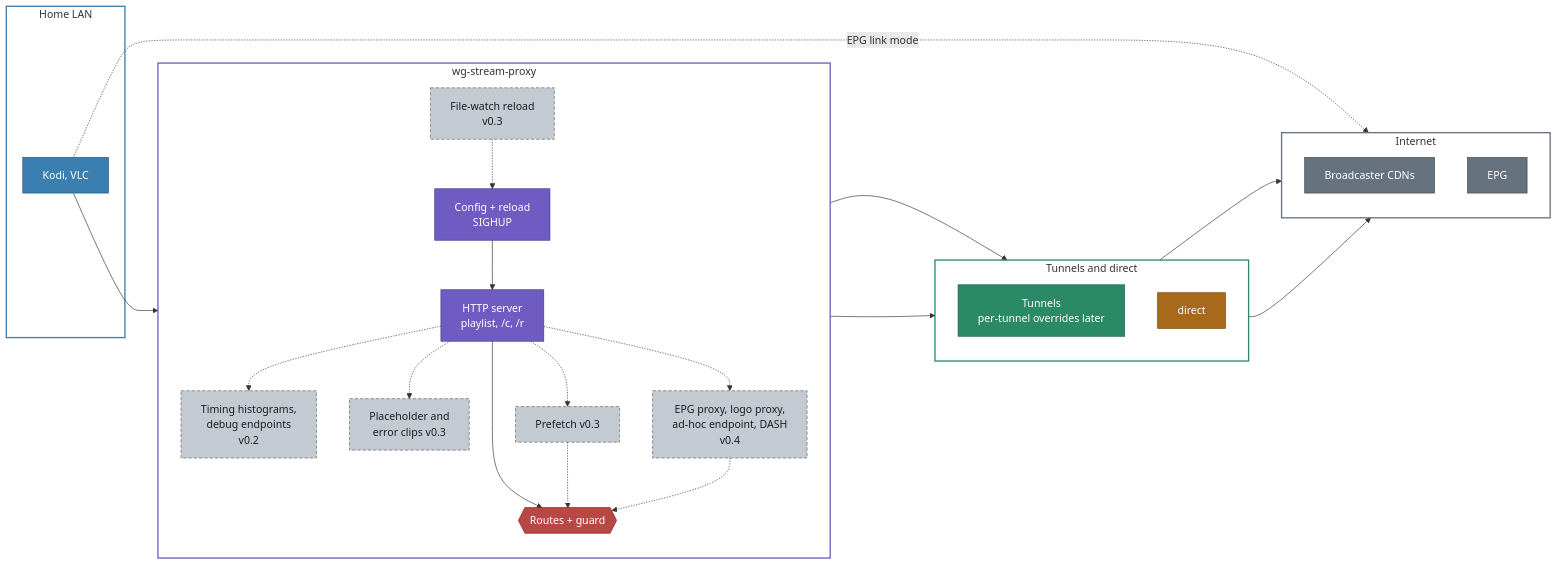
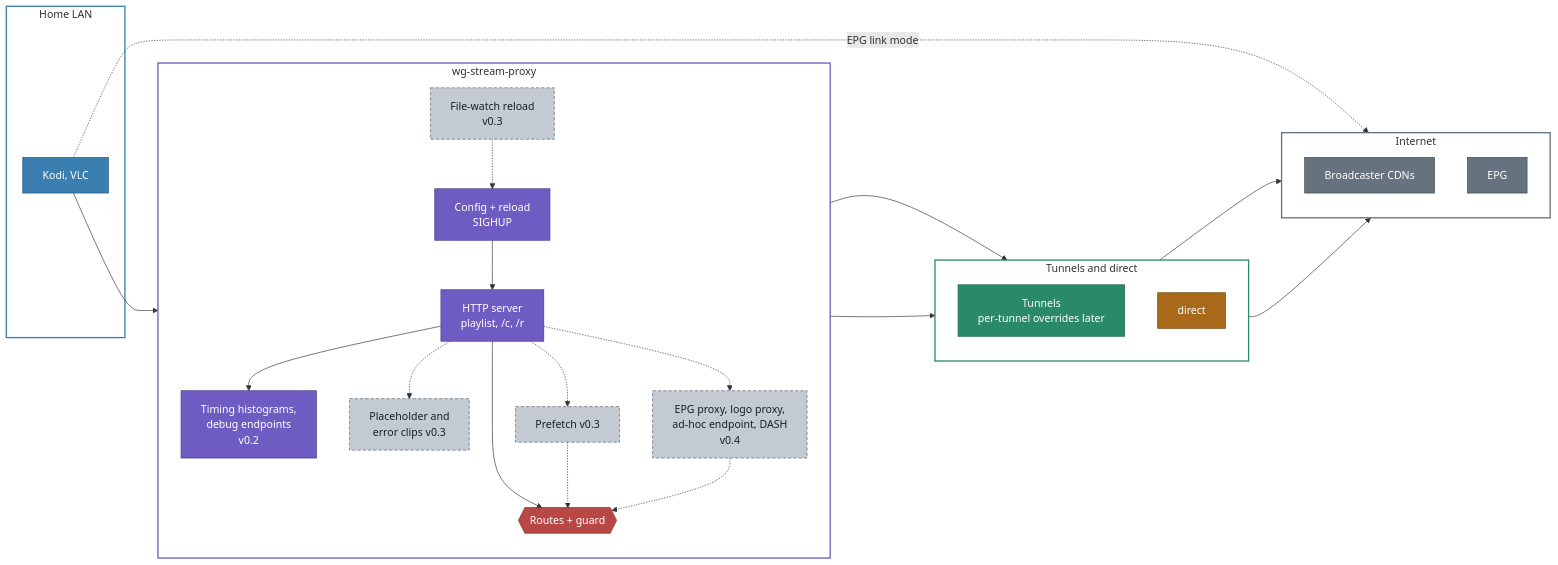
Before and after one commit to KingOfKalk/wg-stream-proxy: diagram 16 of 17 in docs/architecture.md, drawn with Mermaid. The commit also changed other lines of this file and 18 other files, not shown here.

````diff
--- a/docs/architecture.md
+++ b/docs/architecture.md
@@ -889,53 +892,53 @@
 ```mermaid
 flowchart LR
     subgraph lan["Home LAN"]
         players["Kodi, VLC"]:::lan
     end
     subgraph proxy["wg-stream-proxy"]
         direction TB
         ctl["Config + reload<br/>SIGHUP"]:::proxy
         watch["File-watch reload<br/>v0.3"]:::later
         srv["HTTP server<br/>playlist, /c, /r"]:::proxy
-        obs["Timing histograms,<br/>debug endpoints<br/>v0.2"]:::later
+        obs["Timing histograms,<br/>debug endpoints<br/>v0.2"]:::proxy
         clips["Placeholder and<br/>error clips v0.3"]:::later
         pre["Prefetch v0.3"]:::later
         extra["EPG proxy, logo proxy,<br/>ad-hoc endpoint, DASH<br/>v0.4"]:::later
         routes{{"Routes + guard"}}:::guard
     end
     subgraph nets["Tunnels and direct"]
         direction TB
         tun["Tunnels<br/>per-tunnel overrides later"]:::tunnel
         direct["direct"]:::direct
     end
     subgraph inet["Internet"]
         direction TB
         cdn["Broadcaster CDNs"]:::inet
         epg["EPG"]:::inet
     end
 
     players --> srv
     watch -.-> ctl
     ctl --> srv
-    srv -.-> obs
+    srv --> obs
     srv -.-> clips
     srv -.-> pre
     srv -.-> extra
     srv --> routes
     pre -.-> routes
     extra -.-> routes
     routes --> tun & direct
     tun & direct --> cdn
     players -. "EPG link mode" .-> epg
 
     classDef lan fill:#3b7fb0,stroke:#24577d,color:#ffffff
     classDef proxy fill:#6f5cc2,stroke:#46398a,color:#ffffff
     classDef tunnel fill:#2a8a68,stroke:#1a5e46,color:#ffffff
     classDef direct fill:#a86a1a,stroke:#6e4511,color:#ffffff
     classDef inet fill:#66727e,stroke:#3f4851,color:#ffffff
     classDef guard fill:#b94845,stroke:#7a2c2a,color:#ffffff
     classDef later fill:#c3cad2,stroke:#5b6670,color:#1b1f24,stroke-dasharray:5 3
     style lan fill:none,stroke:#3b7fb0,stroke-width:2px
     style proxy fill:none,stroke:#6f5cc2,stroke-width:2px
     style nets fill:none,stroke:#2a8a68,stroke-width:2px
     style inet fill:none,stroke:#66727e,stroke-width:2px
 ```
````
